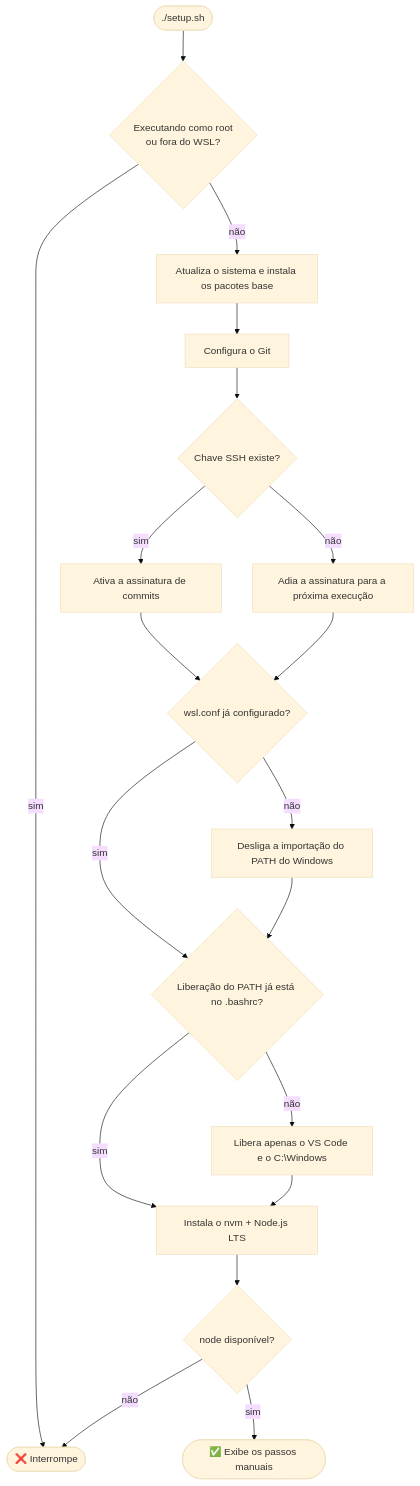
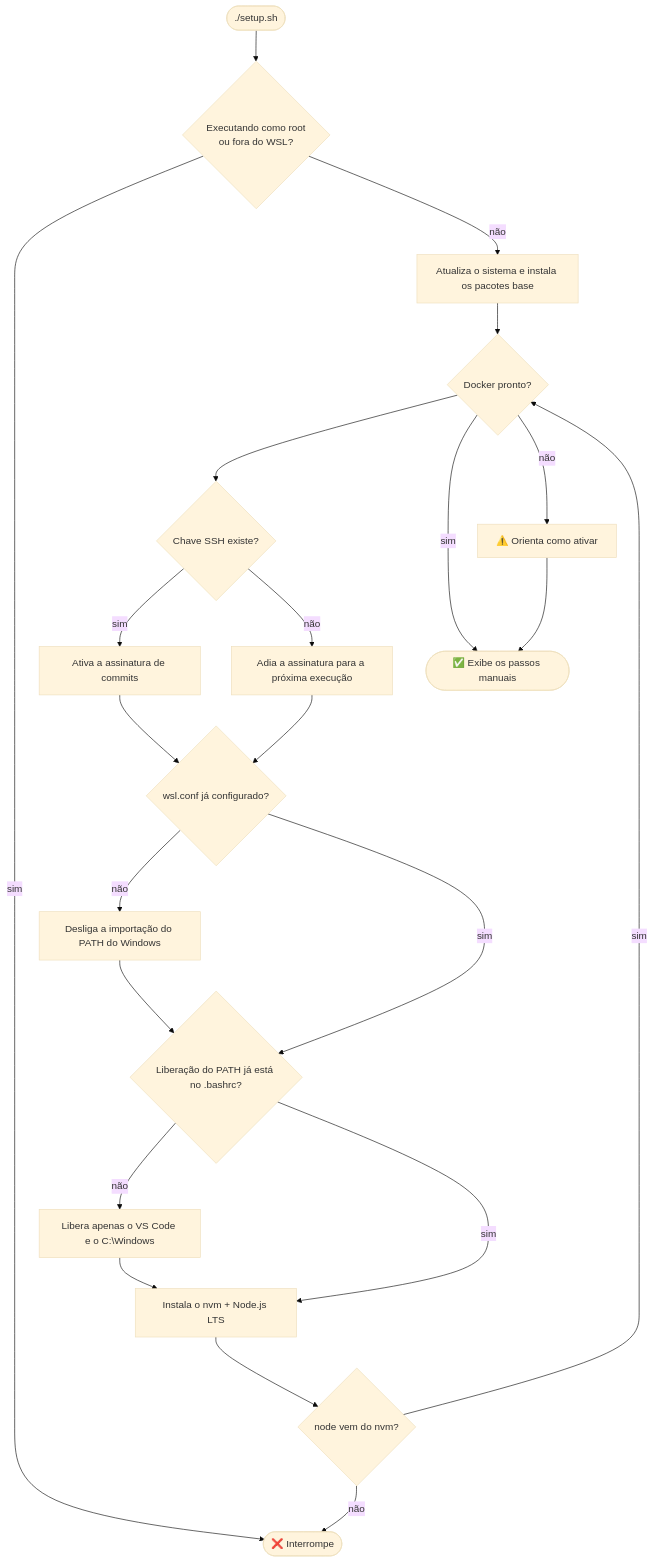
Before and after one commit to ADSLustosa/secure-wsl-devkit: the diagram in README.pt-BR.md, drawn with Mermaid (base theme). The commit also changed other lines of this file and 10 other files, not shown here.

Commit message:
docs: documenta a verificação do Docker e avança o roadmap

````diff
--- a/README.pt-BR.md
+++ b/README.pt-BR.md
@@ -84,21 +84,23 @@
 ```mermaid
 flowchart TD
     A([./setup.sh]) --> B{Executando como root<br/>ou fora do WSL?}
     B -- sim --> X([❌ Interrompe])
     B -- não --> C[Atualiza o sistema e instala os pacotes base]
     C --> D[Configura o Git]
     D --> E{Chave SSH existe?}
     E -- sim --> F[Ativa a assinatura de commits]
     E -- não --> G[Adia a assinatura para a próxima execução]
     F --> H{wsl.conf já configurado?}
     G --> H
     H -- não --> I[Desliga a importação do PATH do Windows]
     H -- sim --> J
     I --> J{Liberação do PATH já está no .bashrc?}
     J -- não --> K[Libera apenas o VS Code e o C:\Windows]
     J -- sim --> L
     K --> L[Instala o nvm + Node.js LTS]
-    L --> M{node disponível?}
+    L --> M{node vem do nvm?}
     M -- não --> X
-    M -- sim --> N([✅ Exibe os passos manuais])
+    M -- sim --> D{Docker pronto?}
+    D -- sim --> N([✅ Exibe os passos manuais])
+    D -- não --> W[⚠️ Orienta como ativar] --> N
 ```
````
